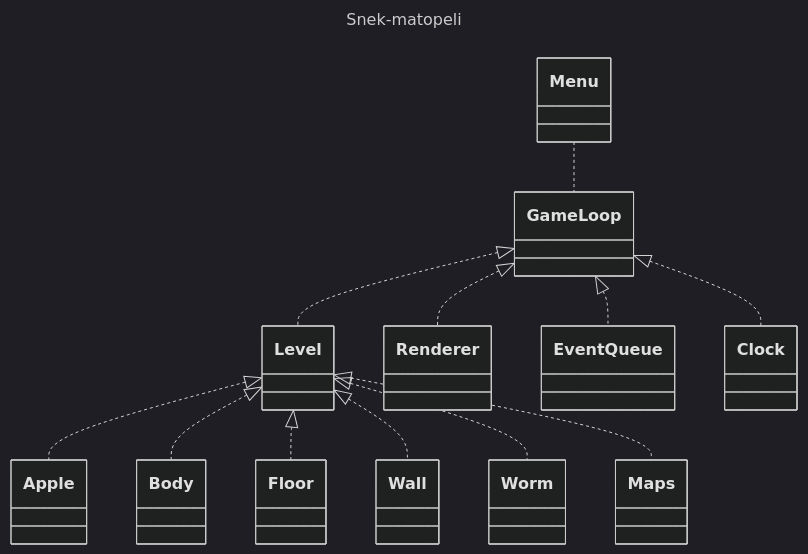
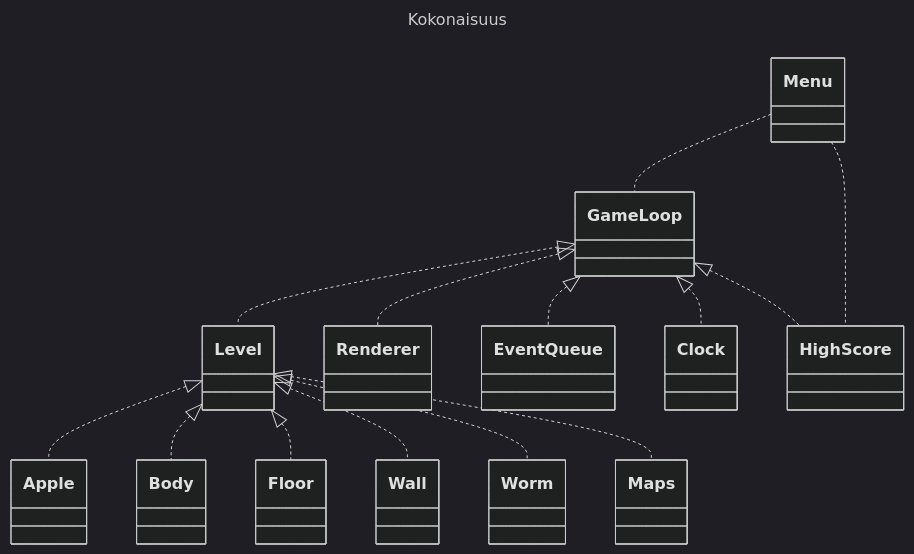
The diagram in dokumentaatio/arkkitehtuuri.md (VilleJuhan1/ot-harjoitustyo), drawn with Mermaid (dark theme) before and after one commit.

````diff
--- a/dokumentaatio/arkkitehtuuri.md
+++ b/dokumentaatio/arkkitehtuuri.md
@@ -3,17 +3,19 @@
 ```mermaid
 ---
-title: Snek-matopeli
+title: Kokonaisuus
 ---
 classDiagram
     GameLoop <|.. Level
     GameLoop <|.. Renderer
     GameLoop <|.. EventQueue
     GameLoop <|.. Clock
+    GameLoop <|.. HighScore
     Level <|.. Apple
     Level <|.. Body
     Level <|.. Floor
     Level <|.. Wall
     Level <|.. Worm
     Level <|.. Maps
     Menu .. GameLoop
+    Menu .. HighScore
 ```
````
